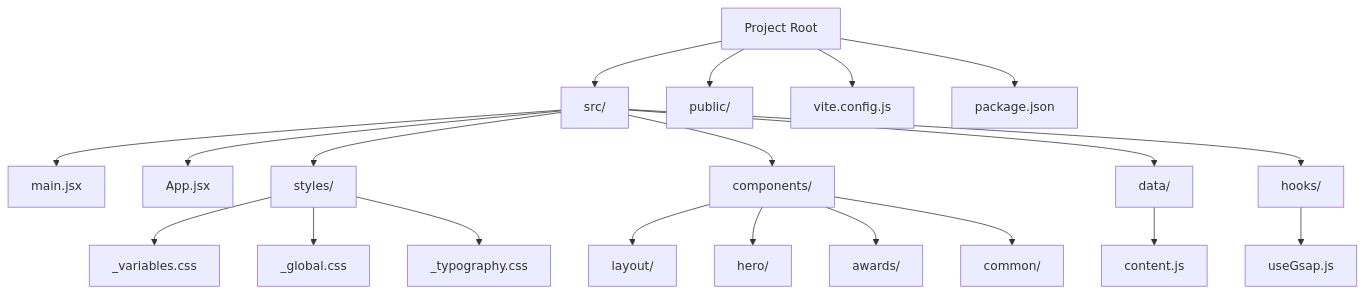
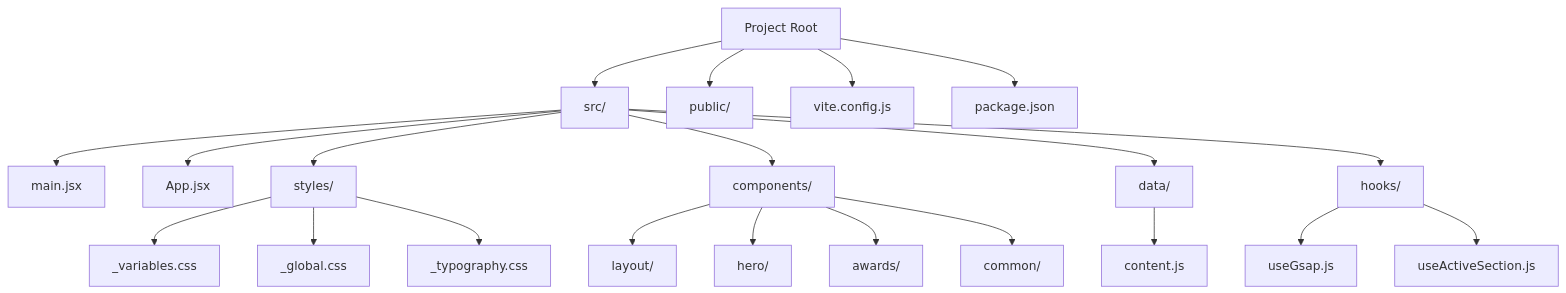
The first of 2 diagrams in .qoder/repowiki/en/content/Frontend Components.md (rakeshmaity271/frankie-picasso), drawn with Mermaid before and after one commit. The commit also changed other lines of this file and 20 other files, not shown here.

````diff
--- a/.qoder/repowiki/en/content/Frontend Components.md
+++ b/.qoder/repowiki/en/content/Frontend Components.md
@@ -59,22 +62,23 @@
 ```mermaid
 graph TB
 Root["Project Root"] --> Src["src/"]
 Root --> Public["public/"]
 Root --> Config["vite.config.js"]
 Root --> Package["package.json"]
 Src --> Main["main.jsx"]
 Src --> App["App.jsx"]
 Src --> Styles["styles/"]
 Src --> Components["components/"]
 Src --> Data["data/"]
 Src --> Hooks["hooks/"]
 Components --> Layout["layout/"]
 Components --> Hero["hero/"]
 Components --> Awards["awards/"]
 Components --> Common["common/"]
 Data --> Content["content.js"]
 Hooks --> GSAP["useGsap.js"]
+Hooks --> ActiveSection["useActiveSection.js"]
 Styles --> Variables["_variables.css"]
 Styles --> Global["_global.css"]
 Styles --> Typography["_typography.css"]
 ```
````
